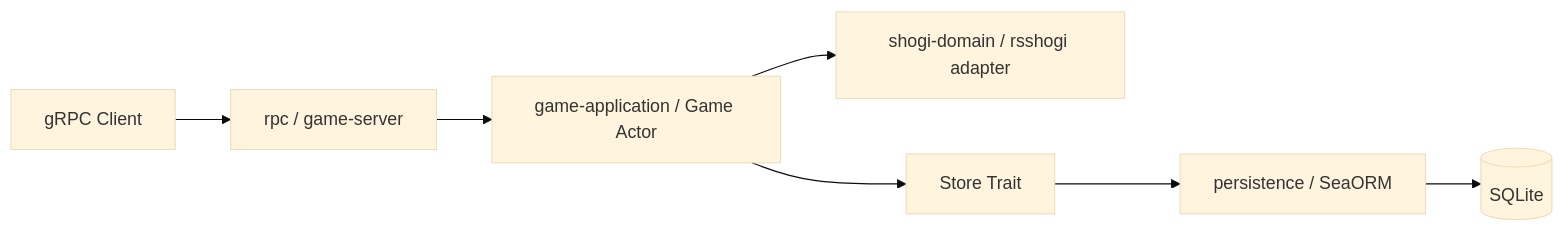
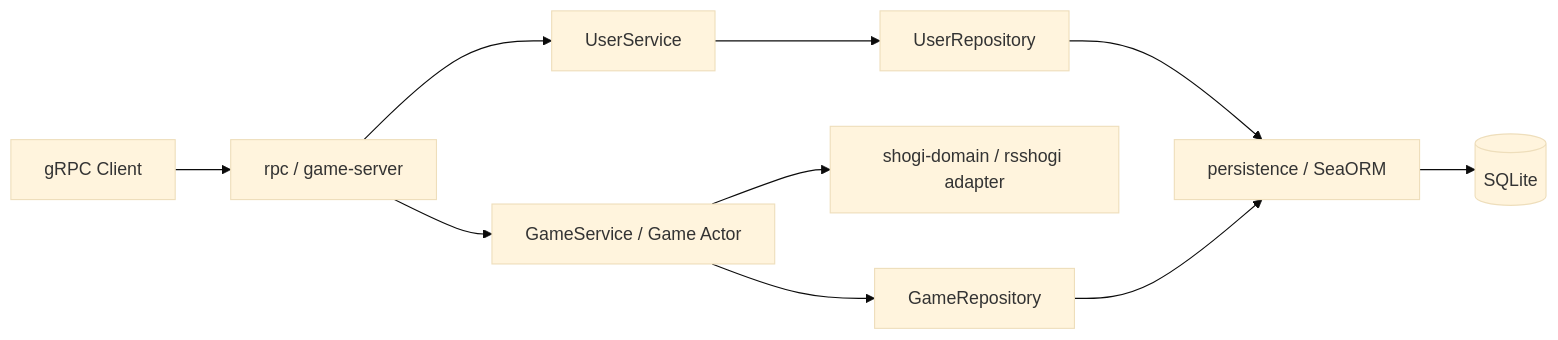
Before and after one commit to take44444/shogi-backend: the first of 6 diagrams in architecture.md, drawn with Mermaid (base theme). The commit also changed other lines of this file and 15 other files, not shown here.

Commit message:
Refactoring GameServiceServer

````diff
--- a/architecture.md
+++ b/architecture.md
@@ -23,9 +23,12 @@
 ```mermaid
 flowchart LR
   C[gRPC Client] --> RPC[rpc / game-server]
-  RPC --> APP[game-application / Game Actor]
+  RPC --> USERS[UserService]
+  RPC --> APP[GameService / Game Actor]
   APP --> DOMAIN[shogi-domain / rsshogi adapter]
-  APP --> STORE[Store Trait]
-  STORE --> PERSIST[persistence / SeaORM]
+  USERS --> UR[UserRepository]
+  APP --> GR[GameRepository]
+  UR --> PERSIST[persistence / SeaORM]
+  GR --> PERSIST
   PERSIST --> DB[(SQLite)]
 ```
````
